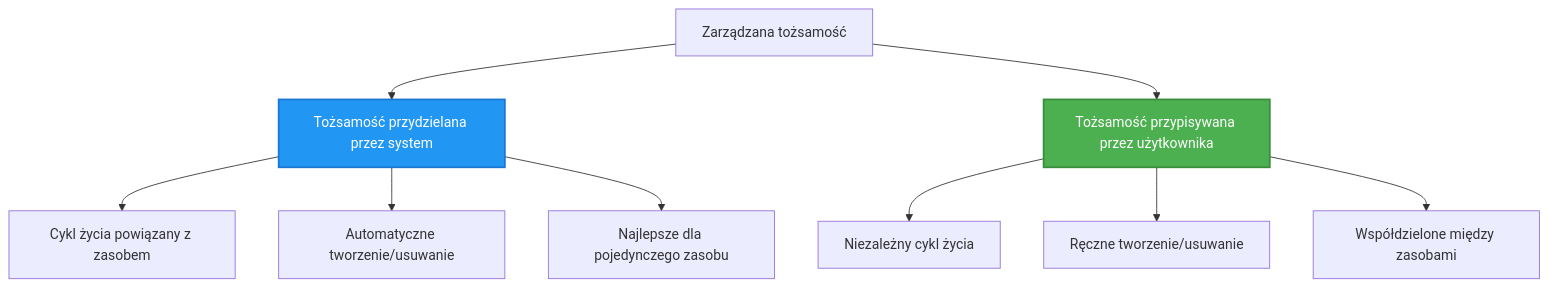
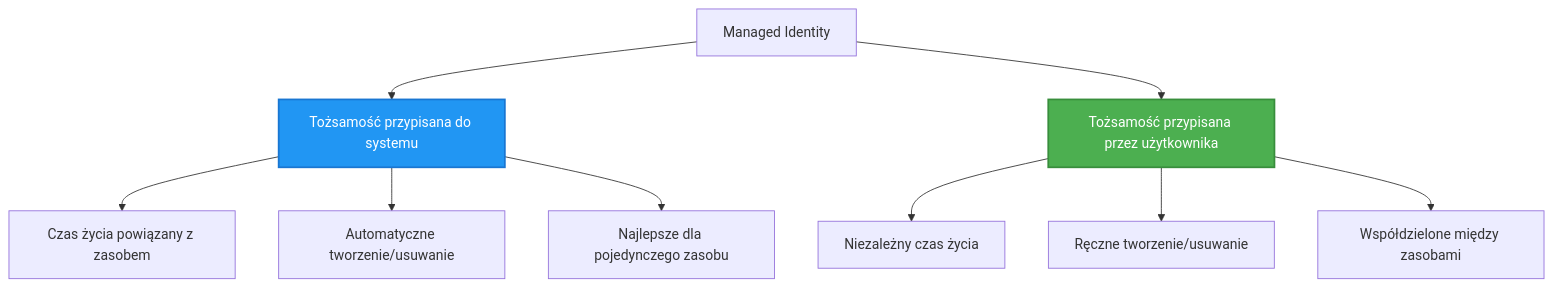
One commit to microsoft/AZD-for-beginners changed the second of 2 diagrams in translations/pl/docs/chapter-03-configuration/authsecurity.md. Above: the diagram before and after it, drawn with Mermaid. The commit also changed other lines of this file and 101 other files, not shown here.

````diff
--- a/translations/pl/docs/chapter-03-configuration/authsecurity.md
+++ b/translations/pl/docs/chapter-03-configuration/authsecurity.md
@@ -97,20 +97,20 @@
 ```mermaid
 graph TB
-    MI[Zarządzana tożsamość]
-    SystemAssigned[Tożsamość przydzielana przez system]
-    UserAssigned[Tożsamość przypisywana przez użytkownika]
+    MI[Managed Identity]
+    SystemAssigned[Tożsamość przypisana do systemu]
+    UserAssigned[Tożsamość przypisana przez użytkownika]
     
     MI --> SystemAssigned
     MI --> UserAssigned
     
-    SystemAssigned --> SA1[Cykl życia powiązany z zasobem]
+    SystemAssigned --> SA1[Czas życia powiązany z zasobem]
     SystemAssigned --> SA2[Automatyczne tworzenie/usuwanie]
     SystemAssigned --> SA3[Najlepsze dla pojedynczego zasobu]
     
-    UserAssigned --> UA1[Niezależny cykl życia]
+    UserAssigned --> UA1[Niezależny czas życia]
     UserAssigned --> UA2[Ręczne tworzenie/usuwanie]
     UserAssigned --> UA3[Współdzielone między zasobami]
     
     style SystemAssigned fill:#2196F3,stroke:#1976D2,stroke-width:2px,color:#fff
     style UserAssigned fill:#4CAF50,stroke:#388E3C,stroke-width:2px,color:#fff
 ```
````
